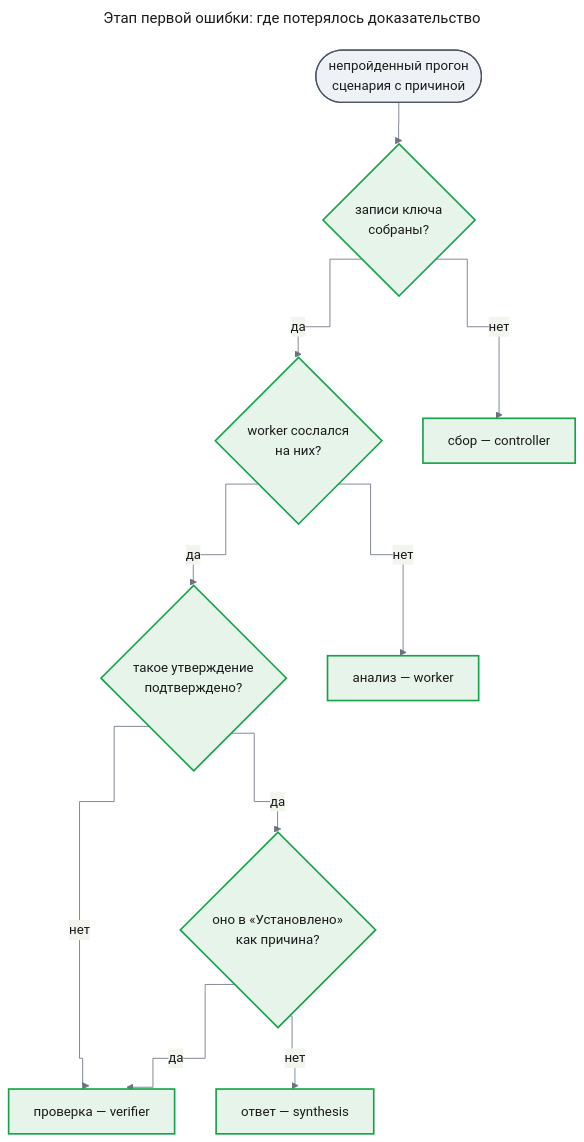
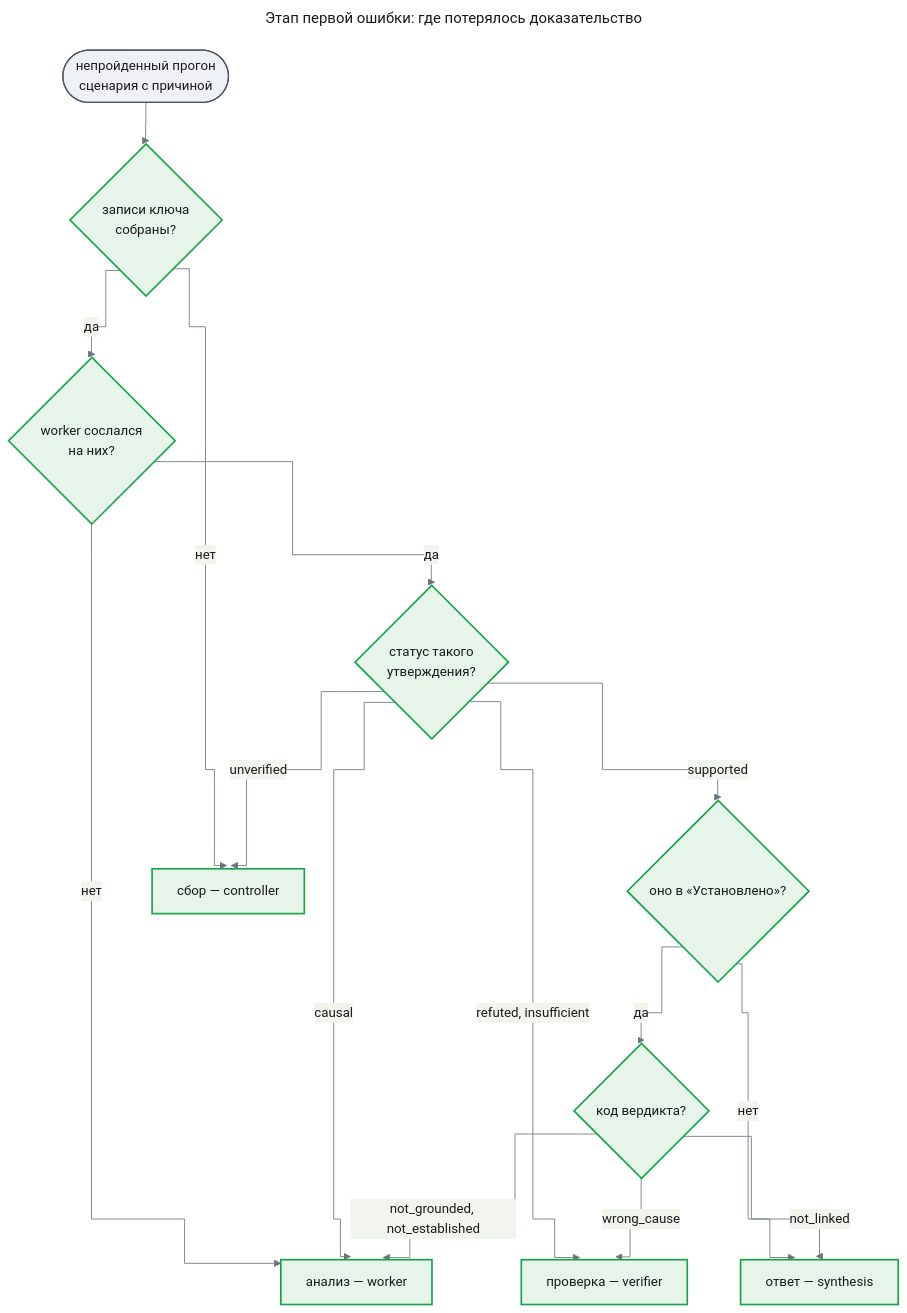
The seventh of 13 diagrams in docs/features/agent-quality/design-self-check.md (tundraray/agent-os), drawn with Mermaid before and after one commit. The commit also changed other lines of this file and 1 other file, not shown here.

````diff
--- a/docs/features/agent-quality/design-self-check.md
+++ b/docs/features/agent-quality/design-self-check.md
@@ -537,38 +557,44 @@
 ```mermaid
 ---
 title: "Этап первой ошибки: где потерялось доказательство"
 config:
   theme: base
   look: classic
   themeVariables:
     primaryColor: "#eef1f5"
     primaryBorderColor: "#4b5563"
     primaryTextColor: "#1a1a1a"
     lineColor: "#6b7280"
   flowchart:
     curve: step
 ---
 flowchart TB
     in(["непройденный прогон<br/>сценария с причиной"])
     q1{"записи ключа<br/>собраны?"}
     q2{"worker сослался<br/>на них?"}
-    q3{"такое утверждение<br/>подтверждено?"}
-    q4{"оно в «Установлено»<br/>как причина?"}
+    q3{"статус такого<br/>утверждения?"}
+    q4{"оно в «Установлено»?"}
     s1["сбор — controller"]
     s2["анализ — worker"]
     s3["проверка — verifier"]
     s4["ответ — synthesis"]
+    q5{"код вердикта?"}
     in --> q1
     q1 -->|"нет"| s1
     q1 -->|"да"| q2
     q2 -->|"нет"| s2
     q2 -->|"да"| q3
-    q3 -->|"нет"| s3
-    q3 -->|"да"| q4
+    q3 -->|"unverified"| s1
+    q3 -->|"causal"| s2
+    q3 -->|"refuted, insufficient"| s3
+    q3 -->|"supported"| q4
     q4 -->|"нет"| s4
-    q4 -->|"да"| s3
+    q4 -->|"да"| q5
+    q5 -->|"wrong_cause"| s3
+    q5 -->|"not_grounded, not_established"| s2
+    q5 -->|"not_linked"| s4
     classDef new fill:#e6f4ea,stroke:#16a34a,stroke-width:2px,color:#1a1a1a
     classDef unchanged fill:#eef1f5,stroke:#4b5563,stroke-width:1.5px,color:#1a1a1a
-    class q1,q2,q3,q4,s1,s2,s3,s4 new
+    class q1,q2,q3,q4,q5,s1,s2,s3,s4 new
     class in unchanged
 ```
````
